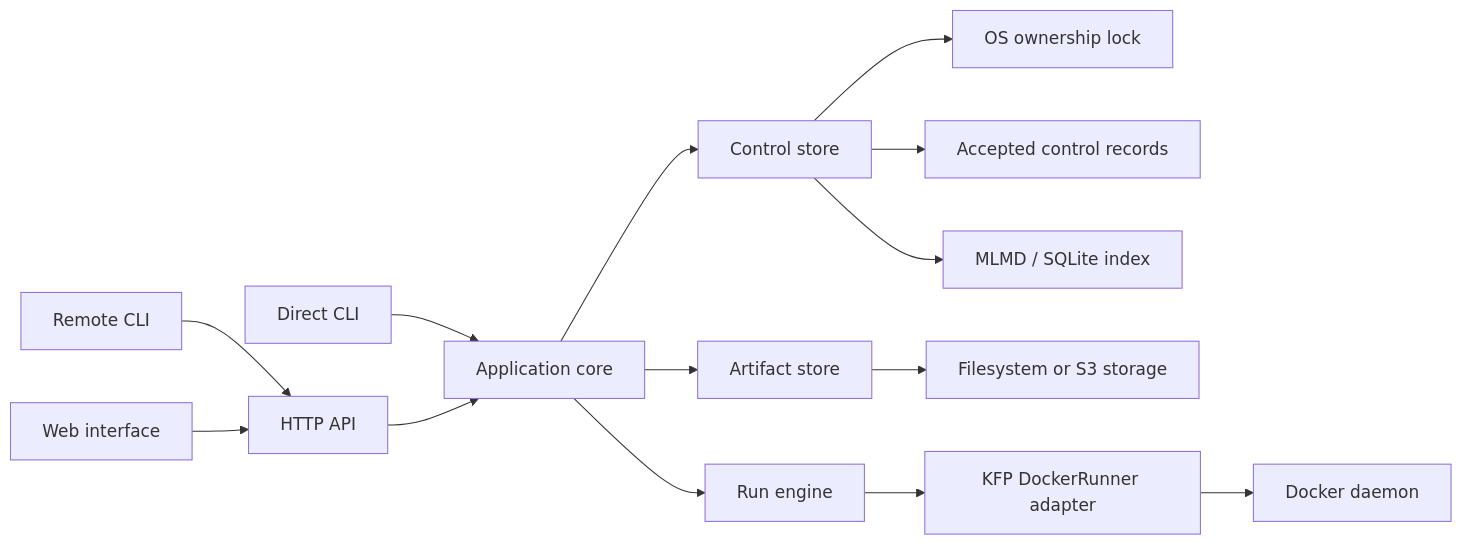
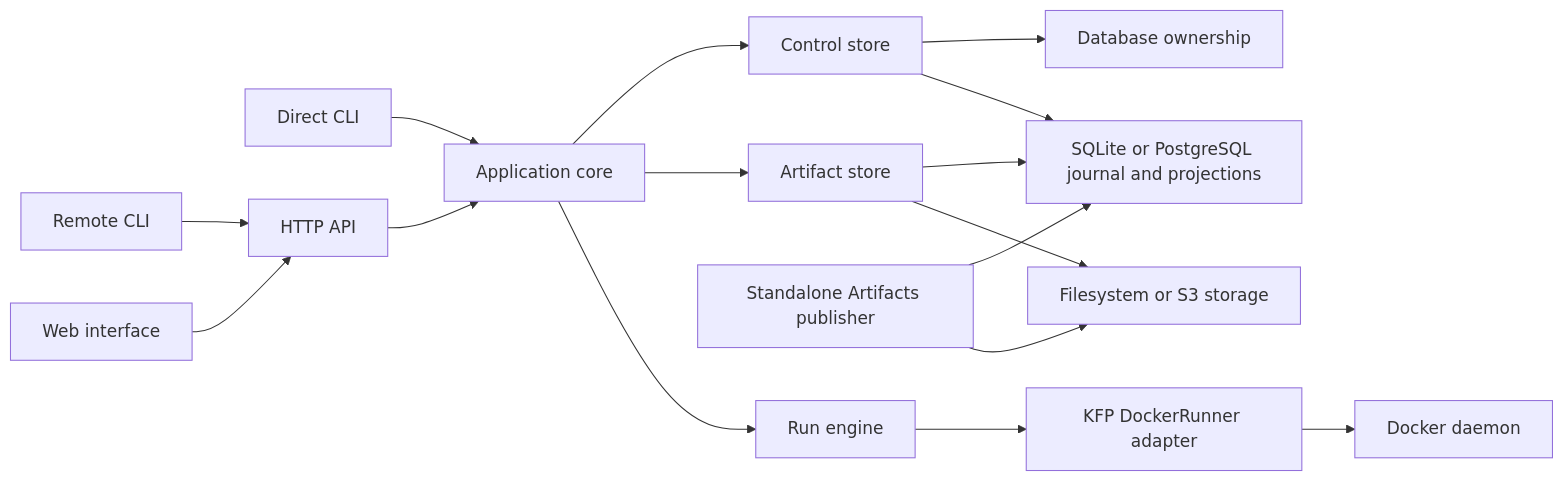
One commit to dockflow-project/dockflow changed the diagram in docs/architecture.md. Above: the diagram before and after it, drawn with Mermaid. The commit also changed other lines of this file and 179 other files, not shown here.

````diff
--- a/docs/architecture.md
+++ b/docs/architecture.md
@@ -10,16 +10,18 @@
 ```mermaid
 flowchart LR
     Direct[Direct CLI] --> Core[Application core]
     Remote[Remote CLI] --> HTTP[HTTP API]
     Browser[Web interface] --> HTTP
     HTTP --> Core
     Core --> Control[Control store]
     Core --> Artifacts[Artifact store]
-    Control --> Owner[OS ownership lock]
-    Control --> Journal[Accepted control records]
-    Control --> Index[MLMD / SQLite index]
-    Artifacts --> Files[Filesystem or S3 storage]
+    Control --> Owner[Database ownership]
+    Control --> SQL[SQLite or PostgreSQL journal and projections]
+    Artifacts --> SQL
+    Publisher[Standalone Artifacts publisher] --> SQL
+    Publisher --> Files[Filesystem or S3 storage]
+    Artifacts --> Files
     Worker[Run engine] --> Adapter[KFP DockerRunner adapter]
     Adapter --> Docker[Docker daemon]
     Core --> Worker
 ```
````
